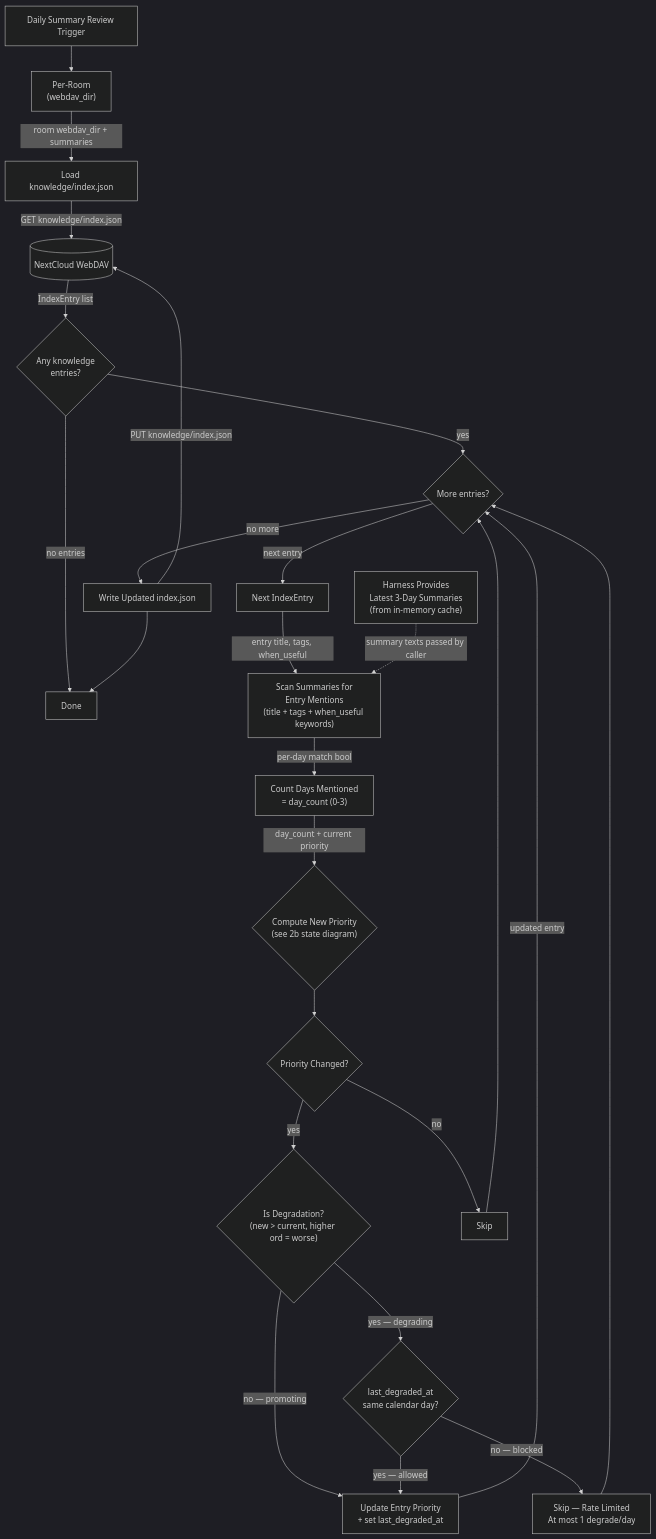
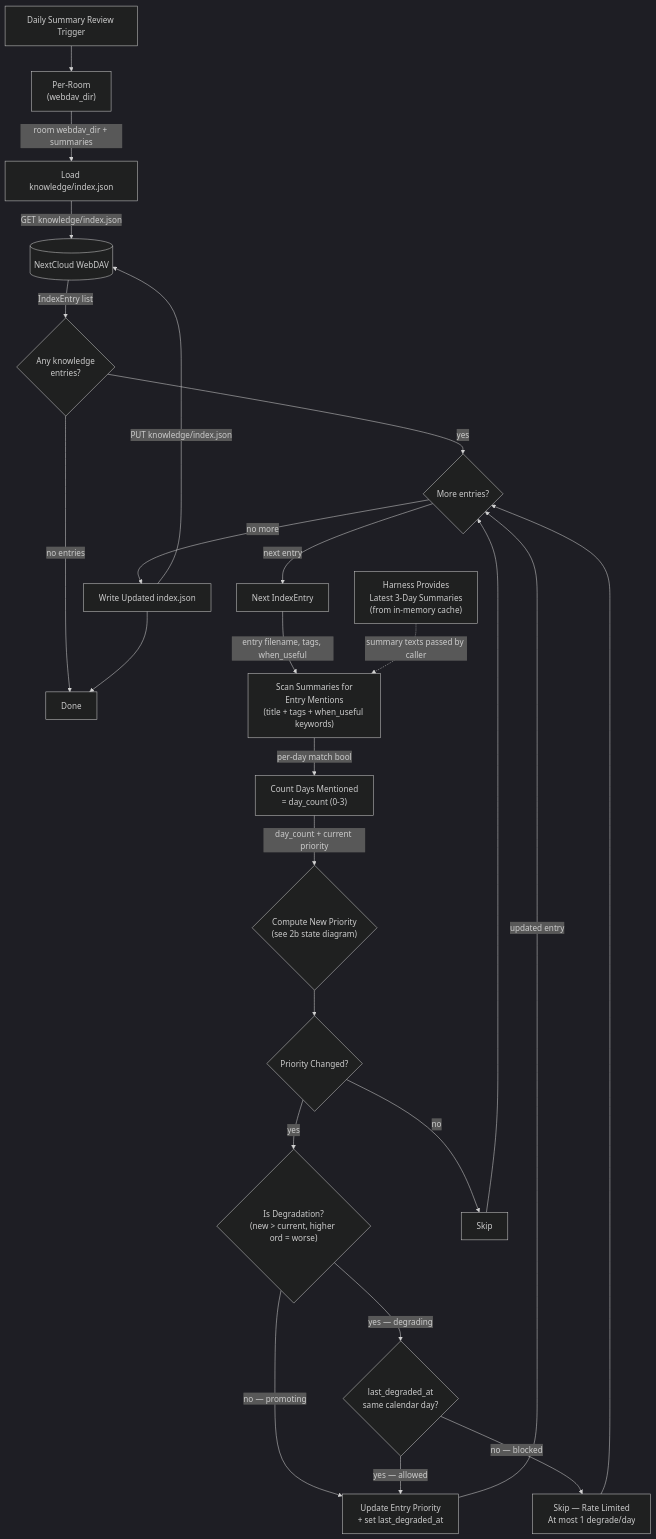
One commit to cosmoswafer/rockbot changed the first of 5 diagrams in _dfds/base/knowledge-priority.md. Above: the diagram before and after it, drawn with Mermaid (dark theme). The commit also changed other lines of this file and 2 other files, not shown here.

Commit message:
docs: fix 5 DFD discrepancies from recent feature changes
- tools/knowledge.md: recall format [Knowledge: {cat}/{title}] → {display_title}
- base/memory.md: soul editing description (add/revise/remove → full replace)
- base/memory.md: remove 'targeted editing' claim for ## headers
- base/knowledge-priority.md: entry title → filename in SCAN node
- base/knowledge-priority.md: title tokens → filename-derived title tokens

````diff
--- a/_dfds/base/knowledge-priority.md
+++ b/_dfds/base/knowledge-priority.md
@@ -29,47 +29,47 @@
 ```mermaid
 flowchart TD
     START[Daily Summary Review Trigger]
     ROOM["Per-Room<br/>(webdav_dir)"]
     LOAD_SUMS["Harness Provides<br/>Latest 3-Day Summaries<br/>(from in-memory cache)"]
     DAV[(NextCloud WebDAV)]
     LOAD_IDX["Load knowledge/index.json"]
     EMPTY{Any knowledge<br/>entries?}
     DONE[Done]
     TICK{More entries?}
     NEXT[Next IndexEntry]
     SCAN["Scan Summaries for<br/>Entry Mentions<br/>(title + tags + when_useful keywords)"]
     COUNT["Count Days Mentioned<br/>= day_count (0-3)"]
     NEW_PRIO{"Compute New Priority<br/>(see 2b state diagram)"}
     CHANGED{Priority Changed?}
     DEGRADE{"Is Degradation?<br/>(new &gt; current, higher ord = worse)"}
     RATE_CHECK{"last_degraded_at<br/>same calendar day?"}
     RATE_SKIP[Skip — Rate Limited<br/>At most 1 degrade/day]
     MARK_DIRTY[Update Entry Priority<br/>+ set last_degraded_at]
     WRITE_IDX["Write Updated index.json"]
     SKIP[Skip]
 
     START --> ROOM
     ROOM -->|"room webdav_dir + summaries"| LOAD_IDX
     LOAD_IDX -->|"GET knowledge/index.json"| DAV
     DAV -->|"IndexEntry list"| EMPTY
     EMPTY -->|"no entries"| DONE
     EMPTY -->|"yes"| TICK
     TICK -->|"next entry"| NEXT
     TICK -->|"no more"| WRITE_IDX
-    NEXT -->|"entry title, tags, when_useful"| SCAN
+    NEXT -->|"entry filename, tags, when_useful"| SCAN
     LOAD_SUMS -.->|"summary texts passed by caller"| SCAN
     SCAN -->|"per-day match bool"| COUNT
     COUNT -->|"day_count + current priority"| NEW_PRIO
     NEW_PRIO --> CHANGED
     CHANGED -->|"yes"| DEGRADE
     CHANGED -->|"no"| SKIP
     DEGRADE -->|"yes — degrading"| RATE_CHECK
     DEGRADE -->|"no — promoting"| MARK_DIRTY
     RATE_CHECK -->|"yes — allowed"| MARK_DIRTY
     RATE_CHECK -->|"no — blocked"| RATE_SKIP
     MARK_DIRTY -->|"updated entry"| TICK
     RATE_SKIP --> TICK
     SKIP --> TICK
     WRITE_IDX -->|"PUT knowledge/index.json"| DAV
     WRITE_IDX --> DONE
 ```
````
